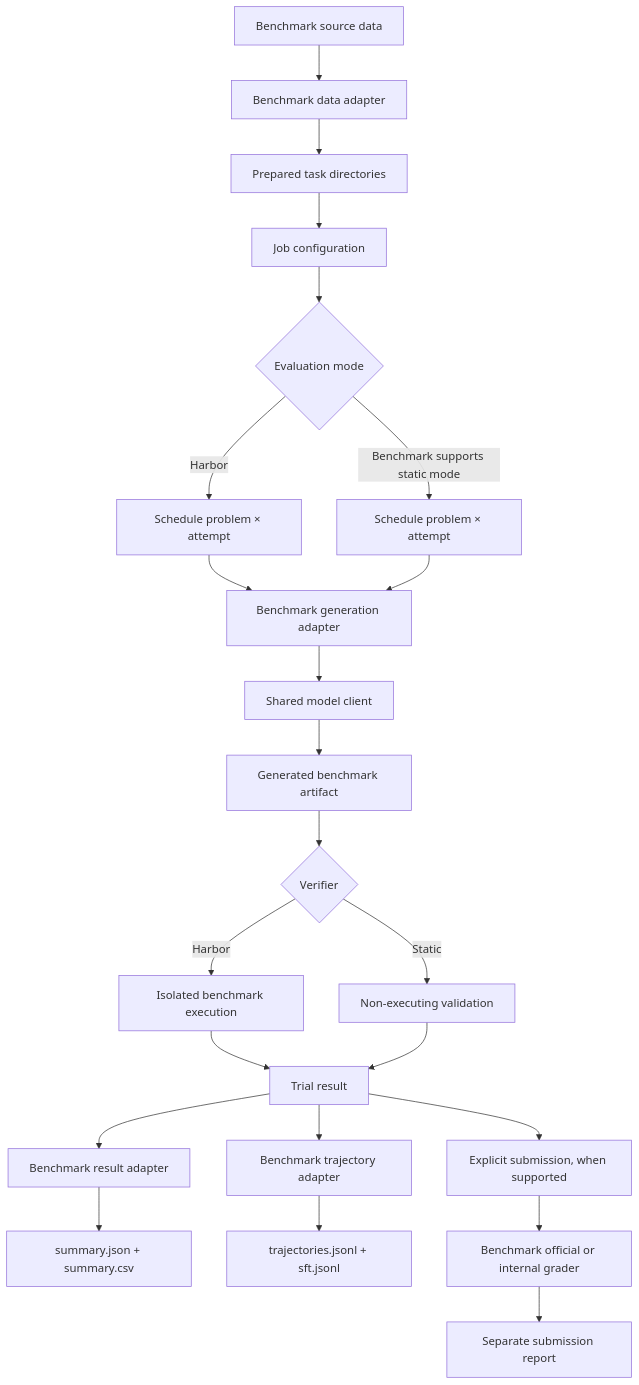
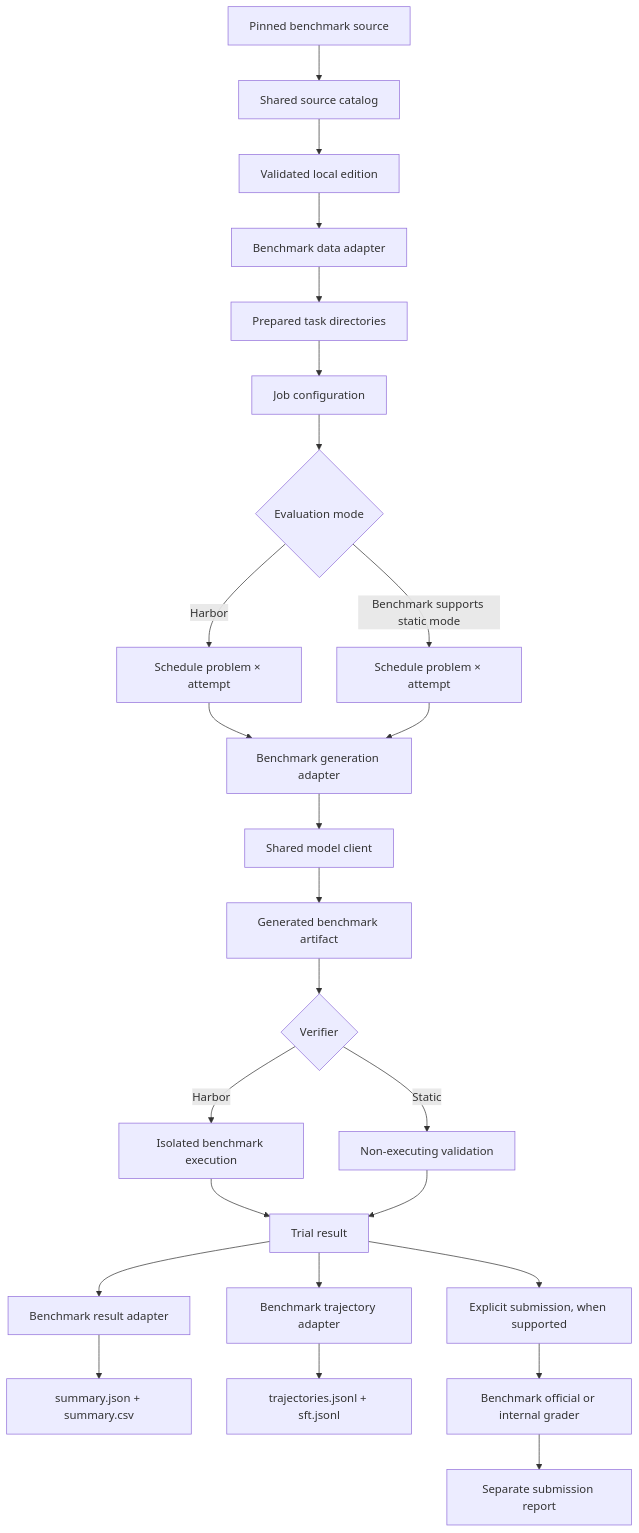
Before and after one commit to CATL-21CLab-SCIAGI/ddsr-bench: the diagram in PIPELINE.md, drawn with Mermaid. The commit also changed 86 other files, not shown here.

````diff
--- a/PIPELINE.md
+++ b/PIPELINE.md
@@ -7,25 +7,27 @@
 ```mermaid
 flowchart TD
-    A["Benchmark source data"] --> B["Benchmark data adapter"]
-    B --> C["Prepared task directories"]
+    A["Pinned benchmark source"] --> B["Shared source catalog"]
+    B --> C0["Validated local edition"]
+    C0 --> B0["Benchmark data adapter"]
+    B0 --> C["Prepared task directories"]
     C --> D["Job configuration"]
     D --> E{"Evaluation mode"}
     E -->|"Harbor"| F["Schedule problem × attempt"]
     E -->|"Benchmark supports static mode"| G["Schedule problem × attempt"]
     F --> H["Benchmark generation adapter"]
     G --> H
     H --> I["Shared model client"]
     I --> J["Generated benchmark artifact"]
     J --> K{"Verifier"}
     K -->|"Harbor"| L["Isolated benchmark execution"]
     K -->|"Static"| M["Non-executing validation"]
     L --> N["Trial result"]
     M --> N
     N --> O["Benchmark result adapter"]
     O --> P["summary.json + summary.csv"]
     N --> Q["Benchmark trajectory adapter"]
     Q --> R["trajectories.jsonl + sft.jsonl"]
     N --> S["Explicit submission, when supported"]
     S --> T["Benchmark official or internal grader"]
     T --> U["Separate submission report"]
 ```
````
